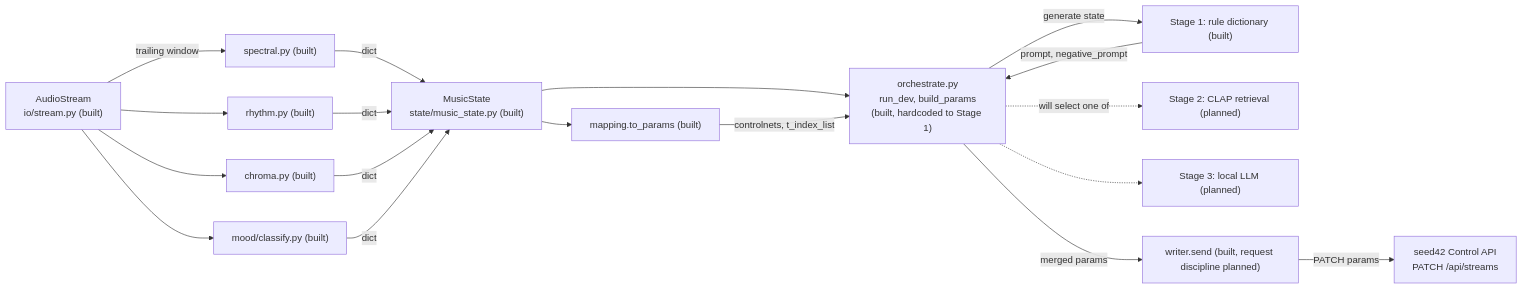
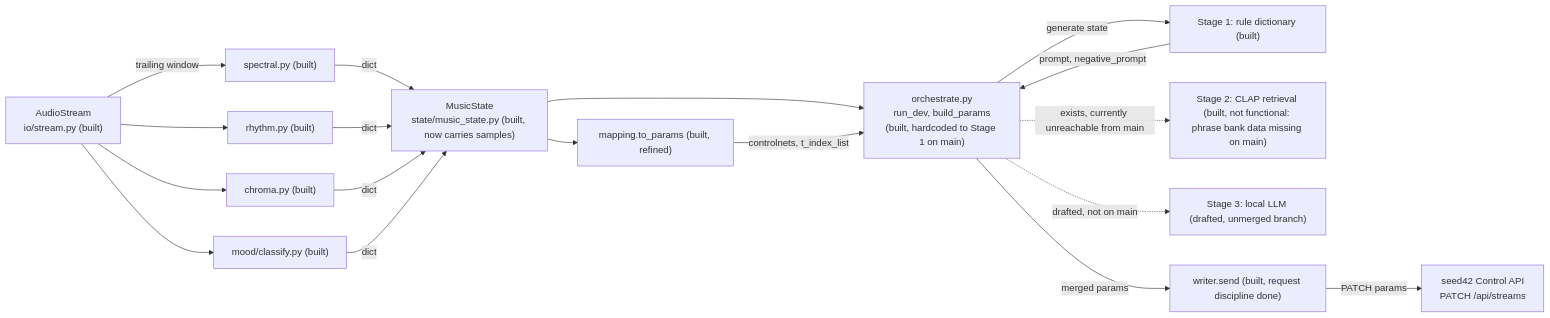
One commit to pnnhat/seed42-audio changed the first of 3 diagrams in docs/design-document.md. Above: the diagram before and after it, drawn with Mermaid. The commit also changed other lines of this file, not shown here.

Commit message:
Updated the design doc against main

````diff
--- a/docs/design-document.md
+++ b/docs/design-document.md
@@ -56,34 +54,34 @@
 ```mermaid
 flowchart LR
     AS["AudioStream<br/>io/stream.py (built)"]
     SP["spectral.py (built)"]
     RH["rhythm.py (built)"]
     CH["chroma.py (built)"]
     MC["mood/classify.py (built)"]
-    MS["MusicState<br/>state/music_state.py (built)"]
-    OR["orchestrate.py<br/>run_dev, build_params<br/>(built, hardcoded to Stage 1)"]
+    MS["MusicState<br/>state/music_state.py (built, now carries samples)"]
+    OR["orchestrate.py<br/>run_dev, build_params<br/>(built, hardcoded to Stage 1 on main)"]
     S1["Stage 1: rule dictionary (built)"]
-    S2["Stage 2: CLAP retrieval (planned)"]
-    S3["Stage 3: local LLM (planned)"]
-    MAP["mapping.to_params (built)"]
-    WR["writer.send (built, request discipline planned)"]
+    S2["Stage 2: CLAP retrieval (built, not functional: phrase bank data missing on main)"]
+    S3["Stage 3: local LLM (drafted, unmerged branch)"]
+    MAP["mapping.to_params (built, refined)"]
+    WR["writer.send (built, request discipline done)"]
     API["seed42 Control API<br/>PATCH /api/streams"]
 
     AS -->|trailing window| SP
     AS --> RH
     AS --> CH
     AS --> MC
     SP -->|dict| MS
     RH -->|dict| MS
     CH -->|dict| MS
     MC -->|dict| MS
     MS --> OR
     OR -->|generate state| S1
-    OR -.->|will select one of| S2
-    OR -.-> S3
+    OR -.->|exists, currently unreachable from main| S2
+    OR -.->|drafted, not on main| S3
     S1 -->|prompt, negative_prompt| OR
     MS --> MAP
     MAP -->|controlnets, t_index_list| OR
     OR -->|merged params| WR
     WR -->|PATCH params| API
 ```
````
